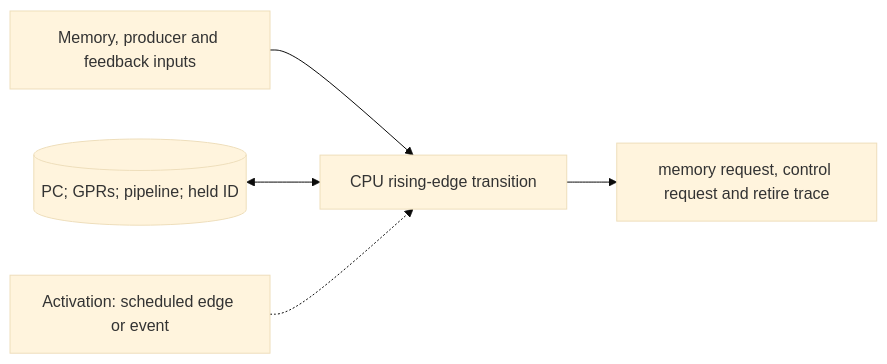
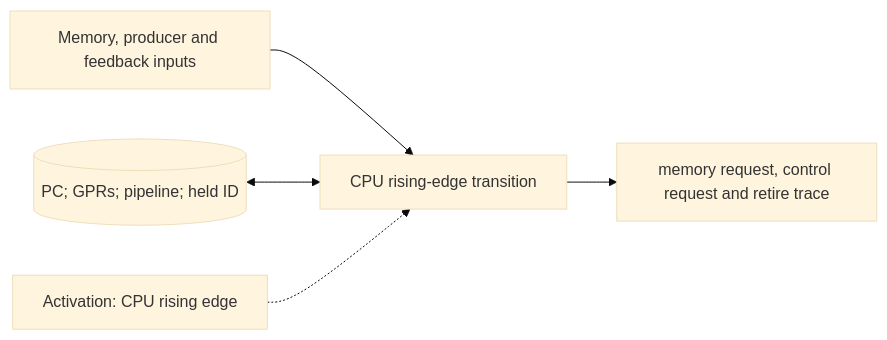
The diagram in docs/modules/cpu-cycle-model.md (qsbit-org/qsbit-sim), drawn with Mermaid (base theme) before and after one commit. The commit also changed other lines of this file and 24 other files, not shown here.

````diff
--- a/docs/modules/cpu-cycle-model.md
+++ b/docs/modules/cpu-cycle-model.md
@@ -17,7 +17,7 @@
 ```mermaid
 flowchart LR
     U["Memory, producer and feedback inputs"] --> P["CPU rising-edge transition"]
     S[("PC; GPRs; pipeline; held ID")] <--> P
     P --> D["memory request, control request and retire trace"]
-    K["Activation: scheduled edge or event"] -.-> P
+    K["Activation: CPU rising edge"] -.-> P
 ```
````
